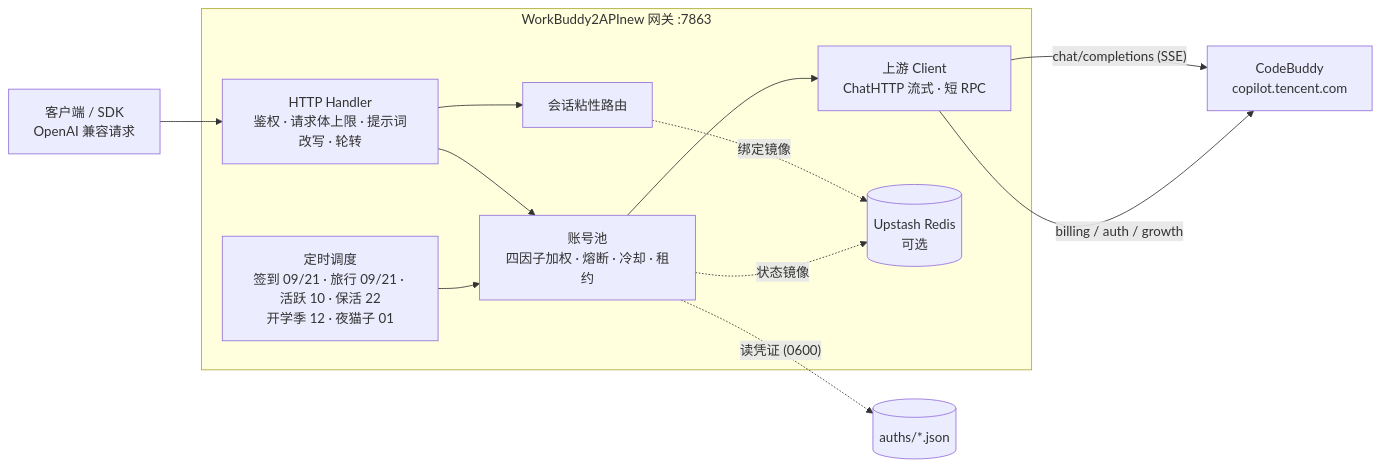
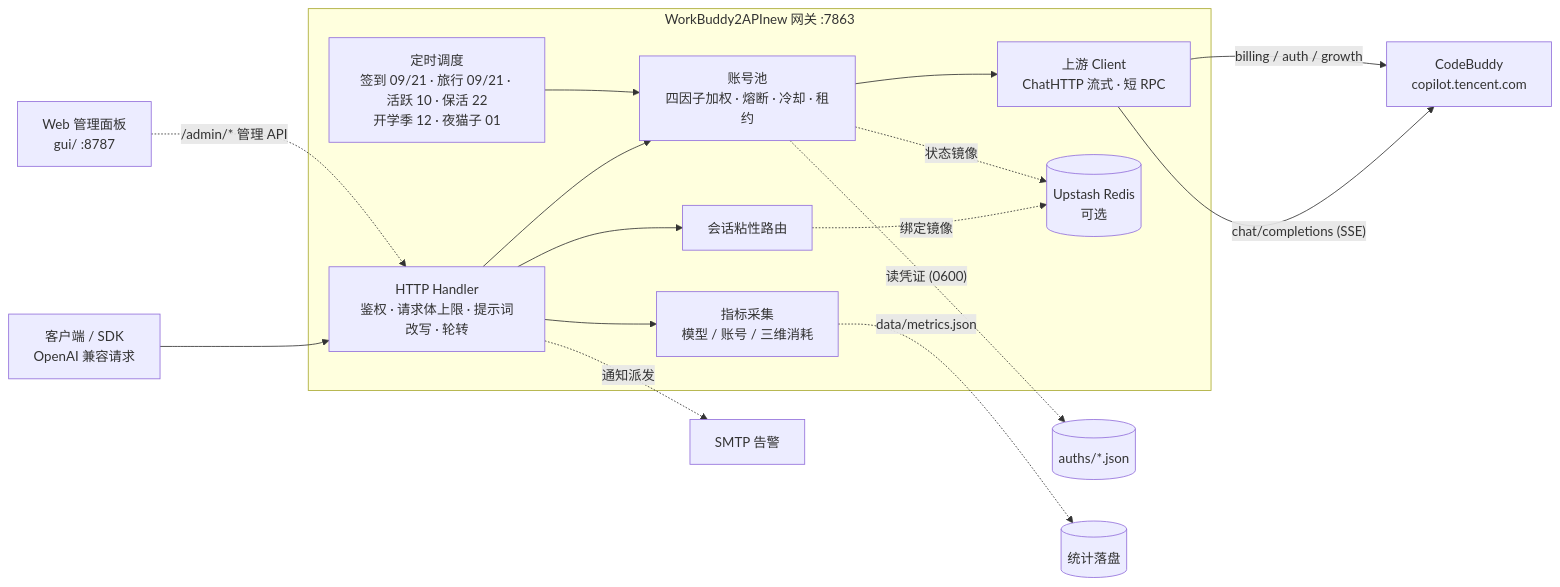
One commit to aaliang319-source/workbuddy2apinew changed the diagram in README.md. Above: the diagram before and after it, drawn with Mermaid. The commit also changed other lines of this file and 93 other files, not shown here.

First line of the commit message:
docs: README 更新 + 面板截图资产 + 设计稿渲染 + CDP 验证工具 + 脚本

````diff
--- a/README.md
+++ b/README.md
@@ -133,18 +200,22 @@
 ```mermaid
 flowchart LR
     Client["客户端 / SDK\nOpenAI 兼容请求"] --> H
+    GUI["Web 管理面板\ngui/ :8787"] -. "/admin/* 管理 API" .-> H
 
     subgraph GWI["WorkBuddy2APInew 网关 :7863"]
         H["HTTP Handler\n鉴权 · 请求体上限 · 提示词改写 · 轮转"] --> P
         H --> S
+        H --> M["指标采集\n模型 / 账号 / 三维消耗"]
         P["账号池\n四因子加权 · 熔断 · 冷却 · 租约"] --> U
         S["会话粘性路由"] -.绑定镜像.-> REDIS
         T["定时调度\n签到 09/21 · 旅行 09/21 · 活跃 10 · 保活 22\n开学季 12 · 夜猫子 01"] --> P
         U["上游 Client\nChatHTTP 流式 · 短 RPC"]
     end
 
     P -. "读凭证 (0600)" .-> AUTH[("auths/*.json")]
     P -. "状态镜像" .-> REDIS[("Upstash Redis\n可选")]
+    M -. "data/metrics.json" .-> STATS[("统计落盘")]
+    H -. "通知派发" .-> NOTIFY["SMTP 告警"]
     U -->|"chat/completions (SSE)"| CB["CodeBuddy\ncopilot.tencent.com"]
     U -->|"billing / auth / growth"| CB
 ```
````
